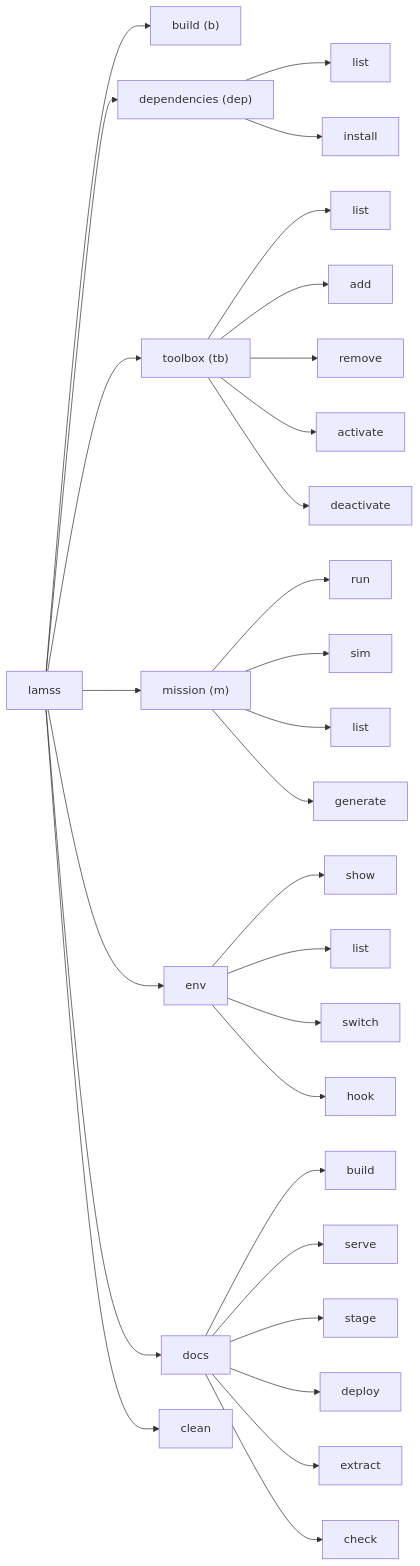
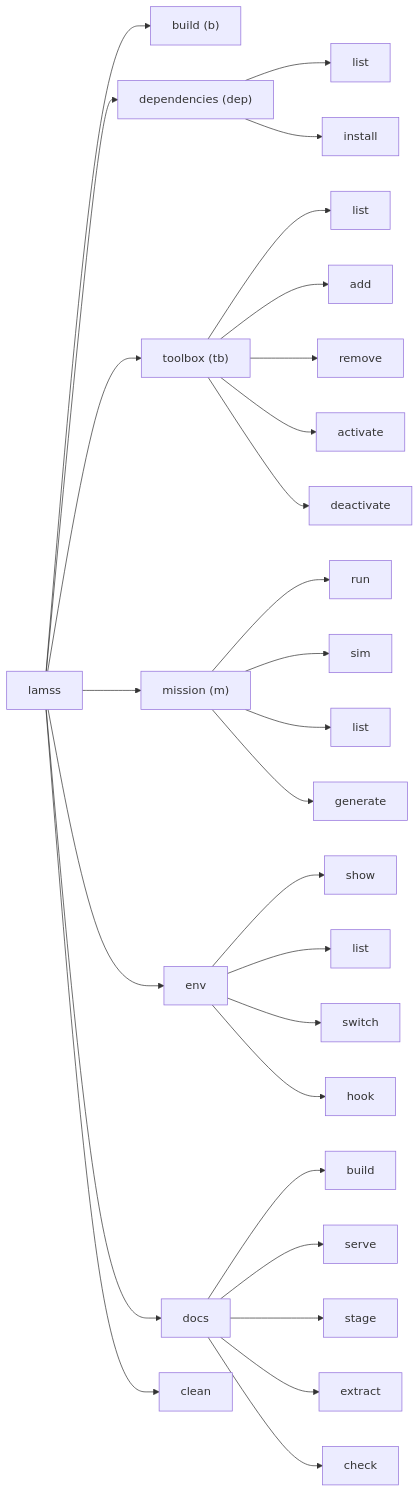
Before and after one commit to GobySoft/lamss3: the second of 2 diagrams in core/src/doc/plan/claude/03-lamss-tool.md, drawn with Mermaid. The commit also changed other lines of this file and 7 other files, not shown here.

````diff
--- a/core/src/doc/plan/claude/03-lamss-tool.md
+++ b/core/src/doc/plan/claude/03-lamss-tool.md
@@ -43,31 +43,30 @@
 ```mermaid
 flowchart LR
   lamss --> build["build (b)"]
   lamss --> dep["dependencies (dep)"]
   dep --> dl[list]
   dep --> di[install]
   lamss --> tb["toolbox (tb)"]
   tb --> tl[list]
   tb --> ta[add]
   tb --> tr[remove]
   tb --> tac[activate]
   tb --> tde[deactivate]
   lamss --> m["mission (m)"]
   m --> run[run]
   m --> sim[sim]
   m --> ml[list]
   m --> mg[generate]
   lamss --> env
   env --> es[show]
   env --> el[list]
   env --> esw[switch]
   env --> eh[hook]
   lamss --> docs
   docs --> db[build]
   docs --> ds[serve]
   docs --> dst[stage]
-  docs --> dd[deploy]
   docs --> dx[extract]
   docs --> dc[check]
   lamss --> clean
 ```
````
